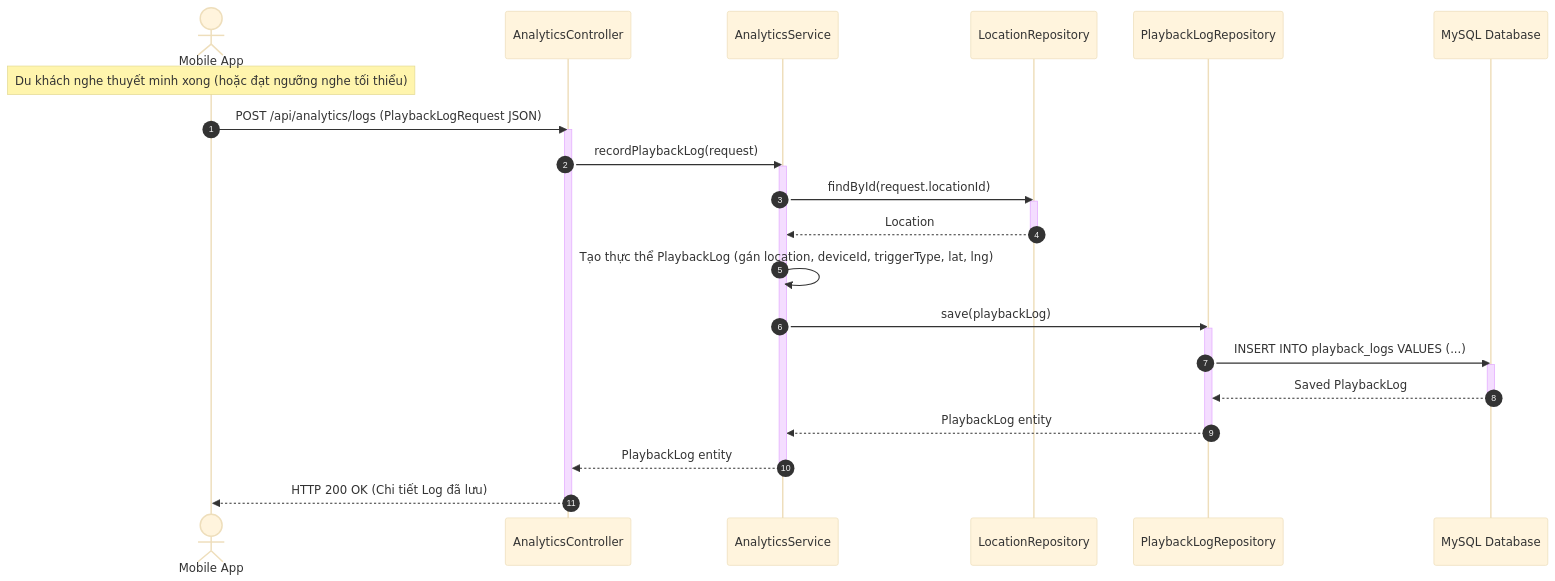
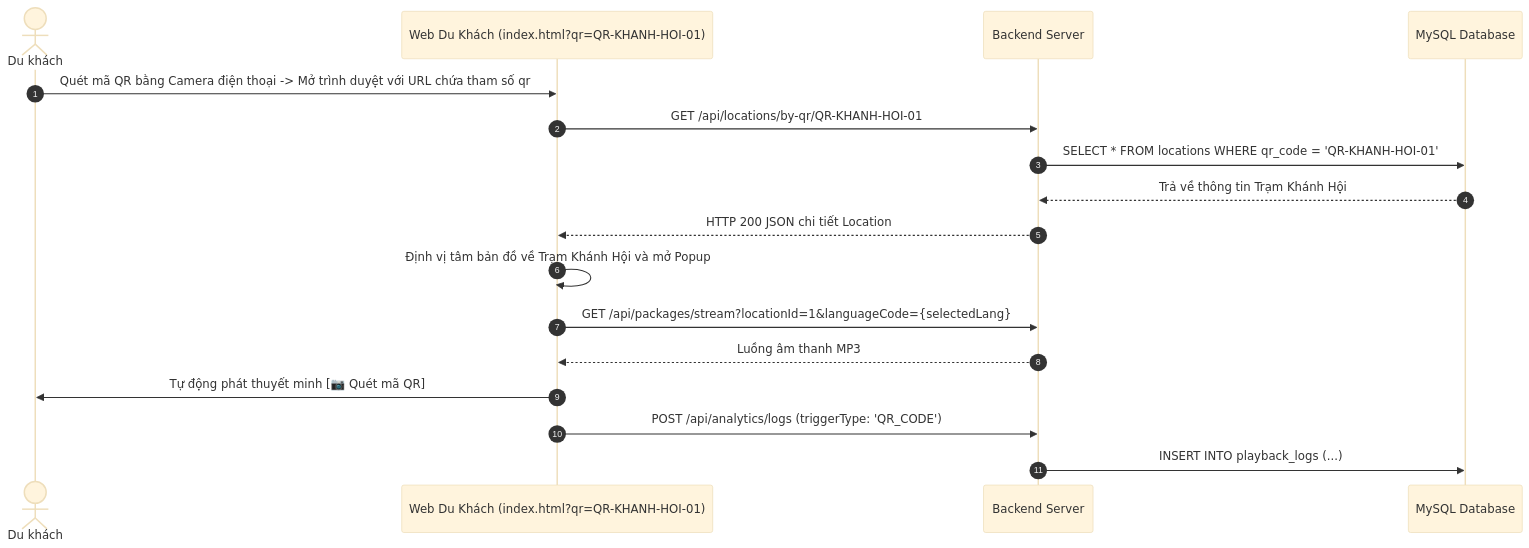
The sixth of 8 diagrams in docs/USE_CASES.md (HuynhQuang16032006/Multi_Languages_Automatic_Translation), drawn with Mermaid (base theme) before and after one commit. The commit also changed other lines of this file and 4 other files, not shown here.

````diff
--- a/docs/USE_CASES.md
+++ b/docs/USE_CASES.md
@@ -342,33 +250,20 @@
 ```mermaid
 sequenceDiagram
     autonumber
-    actor App as Mobile App
-    participant AC as AnalyticsController
-    participant AS as AnalyticsService
-    participant LR as LocationRepository
-    participant PLR as PlaybackLogRepository
+    actor T as Du khách
+    participant UI as Web Du Khách (index.html?qr=QR-KHANH-HOI-01)
+    participant SVR as Backend Server
     participant DB as MySQL Database
 
-    Note over App: Du khách nghe thuyết minh xong (hoặc đạt ngưỡng nghe tối thiểu)
-    App->>AC: POST /api/analytics/logs (PlaybackLogRequest JSON)
-    activate AC
-    AC->>AS: recordPlaybackLog(request)
-    activate AS
-    AS->>LR: findById(request.locationId)
-    activate LR
-    LR-->>AS: Location
-    deactivate LR
-    AS->>AS: Tạo thực thể PlaybackLog (gán location, deviceId, triggerType, lat, lng)
-    AS->>PLR: save(playbackLog)
-    activate PLR
-    PLR->>DB: INSERT INTO playback_logs VALUES (...)
-    activate DB
-    DB-->>PLR: Saved PlaybackLog
-    deactivate DB
-    PLR-->>AS: PlaybackLog entity
-    deactivate PLR
-    AS-->>AC: PlaybackLog entity
-    deactivate AS
-    AC-->>App: HTTP 200 OK (Chi tiết Log đã lưu)
-    deactivate AC
+    T->>UI: Quét mã QR bằng Camera điện thoại -> Mở trình duyệt với URL chứa tham số qr
+    UI->>SVR: GET /api/locations/by-qr/QR-KHANH-HOI-01
+    SVR->>DB: SELECT * FROM locations WHERE qr_code = 'QR-KHANH-HOI-01'
+    DB-->>SVR: Trả về thông tin Trạm Khánh Hội
+    SVR-->>UI: HTTP 200 JSON chi tiết Location
+    UI->>UI: Định vị tâm bản đồ về Trạm Khánh Hội và mở Popup
+    UI->>SVR: GET /api/packages/stream?locationId=1&languageCode={selectedLang}
+    SVR-->>UI: Luồng âm thanh MP3
+    UI->>T: Tự động phát thuyết minh [📷 Quét mã QR]
+    UI->>SVR: POST /api/analytics/logs (triggerType: 'QR_CODE')
+    SVR->>DB: INSERT INTO playback_logs (...)
 ```
````
